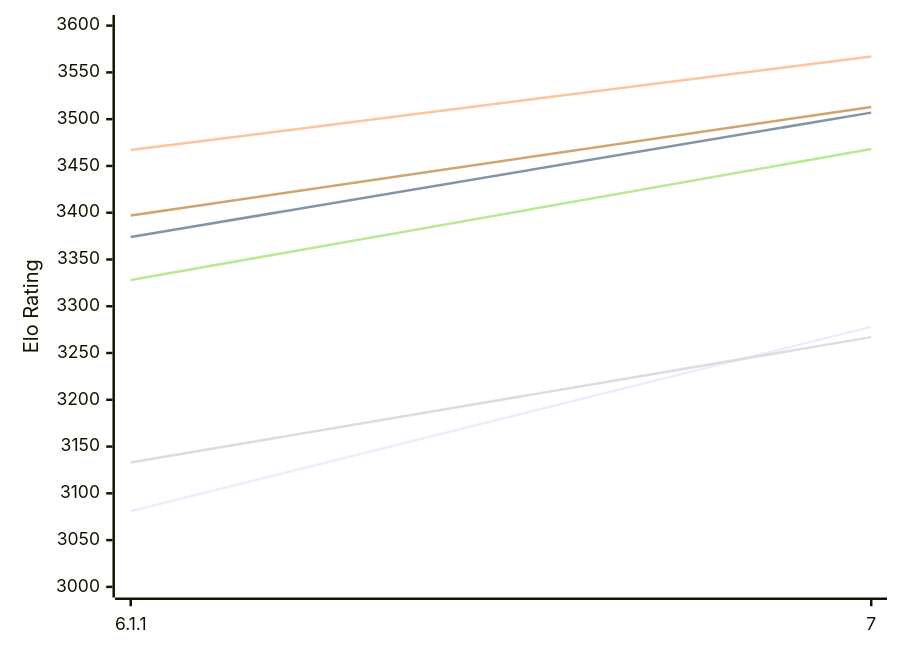
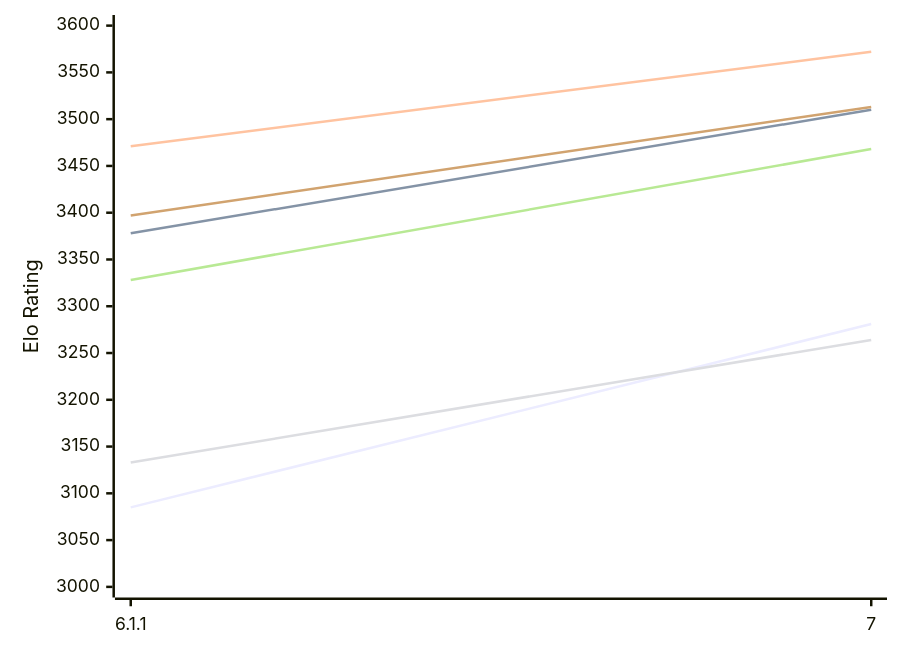
Before and after one commit to computer-chess-index/cci: the first of 2 diagrams in engines/Zangdar.md, drawn with Mermaid. The commit also changed other lines of this file, not shown here.

Commit message:
Update CCI Ratings (ELO VLTC) - 2026-11-22

````diff
--- a/engines/Zangdar.md
+++ b/engines/Zangdar.md
@@ -53,12 +53,12 @@
 ```mermaid
 %%{init: {"theme":"base","themeVariables":{"seriesColors:['#a3a3a3','#222221','#faa371']}}}%%
 xychart-beta
   x-axis ["6.1.1", "7"]
   y-axis "Elo Rating" 3000 --> 3600
-  line "E1: STC (8.0+0.08s)" [3081, 3278]
-  line "E1: LTC (60.0+0.60s)" [3374, 3507]
-  line "E1: VLTC (2m24s+1.12s)" [3467, 3567]
-  line "P1: STC (8.0+0.08s)" [3133, 3267]
+  line "E1: STC (8.0+0.08s)" [3085, 3281]
+  line "E1: LTC (60.0+0.60s)" [3378, 3510]
+  line "E1: VLTC (2m24s+1.12s)" [3471, 3572]
+  line "P1: STC (8.0+0.08s)" [3133, 3264]
   line "P1: LTC (60.0+0.60s)" [3328, 3468]
   line "P1: VLTC (2m24s+1.12s)" [3397, 3513]
 ```
````
